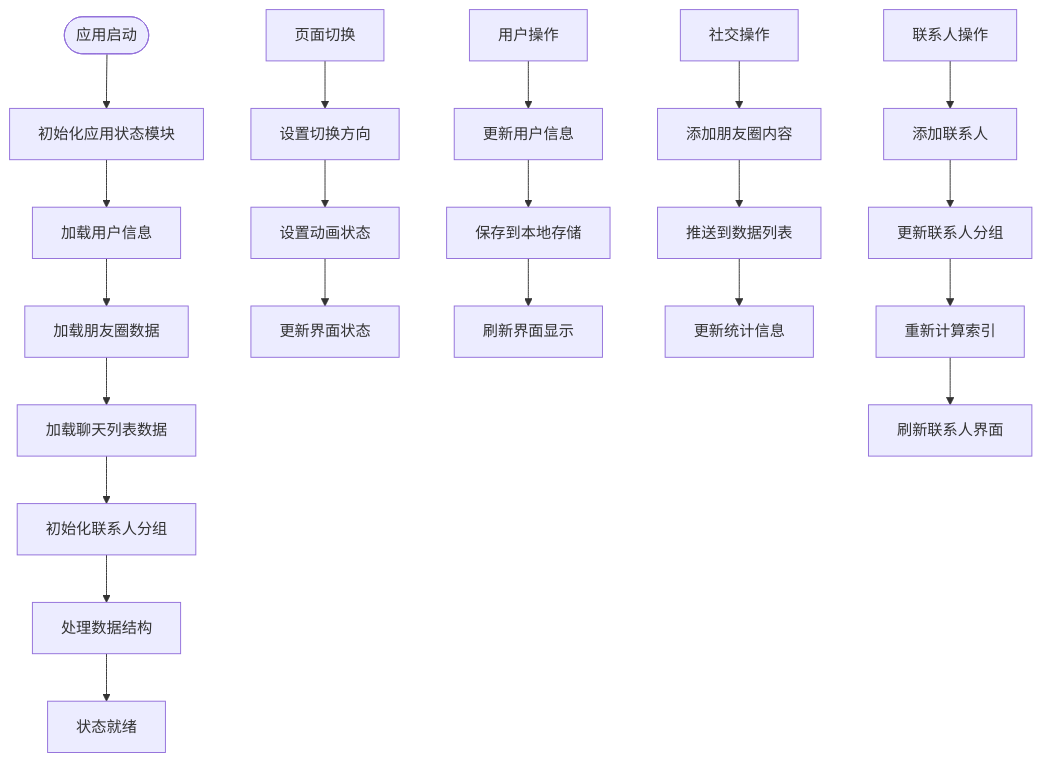
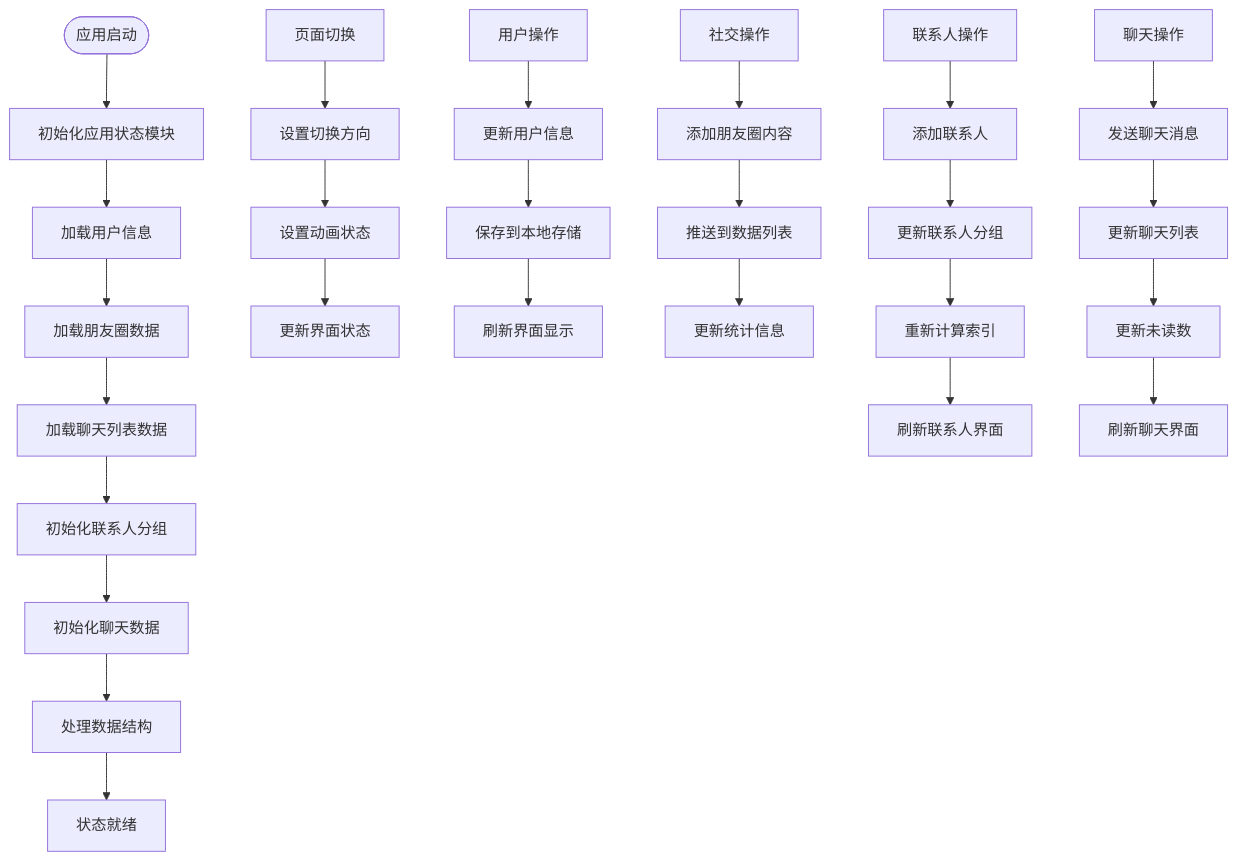
The fifth of 11 diagrams in .qoder/repowiki/zh/content/核心系统/状态管理系统/状态管理系统.md (giserman001/vue3-vant4-mobile), drawn with Mermaid before and after one commit. The commit also changed other lines of this file and 13 other files, not shown here.

````diff
--- a/.qoder/repowiki/zh/content/核心系统/状态管理系统/状态管理系统.md
+++ b/.qoder/repowiki/zh/content/核心系统/状态管理系统/状态管理系统.md
@@ -316,23 +329,28 @@
 ```mermaid
 flowchart TD
 Start(["应用启动"]) --> InitAppStore["初始化应用状态模块"]
 InitAppStore --> LoadUserInfo["加载用户信息"]
 LoadUserInfo --> LoadCircleData["加载朋友圈数据"]
 LoadCircleData --> LoadChatList["加载聊天列表数据"]
 LoadChatList --> InitContactGroups["初始化联系人分组"]
-InitContactGroups --> ProcessData["处理数据结构"]
+InitContactGroups --> InitChatData["初始化聊天数据"]
+InitChatData --> ProcessData["处理数据结构"]
 ProcessData --> Ready["状态就绪"]
 App["页面切换"] --> SetDirection["设置切换方向"]
 SetDirection --> SetAnimate["设置动画状态"]
 SetAnimate --> UpdateUI["更新界面状态"]
 UserAction["用户操作"] --> UpdateUserInfo["更新用户信息"]
 UpdateUserInfo --> SaveLocal["保存到本地存储"]
 SaveLocal --> RefreshUI["刷新界面显示"]
 SocialAction["社交操作"] --> AddPost["添加朋友圈内容"]
 AddPost --> PushData["推送到数据列表"]
 PushData --> UpdateCount["更新统计信息"]
 ContactAction["联系人操作"] --> AddContact["添加联系人"]
 AddContact --> UpdateContactGroups["更新联系人分组"]
 UpdateContactGroups --> RecalculateIndexes["重新计算索引"]
 RecalculateIndexes --> RefreshContactUI["刷新联系人界面"]
+ChatAction["聊天操作"] --> SendMessage["发送聊天消息"]
+SendMessage --> UpdateChatList["更新聊天列表"]
+UpdateChatList --> UpdateUnread["更新未读数"]
+UpdateUnread --> RefreshChatUI["刷新聊天界面"]
 ```
````
